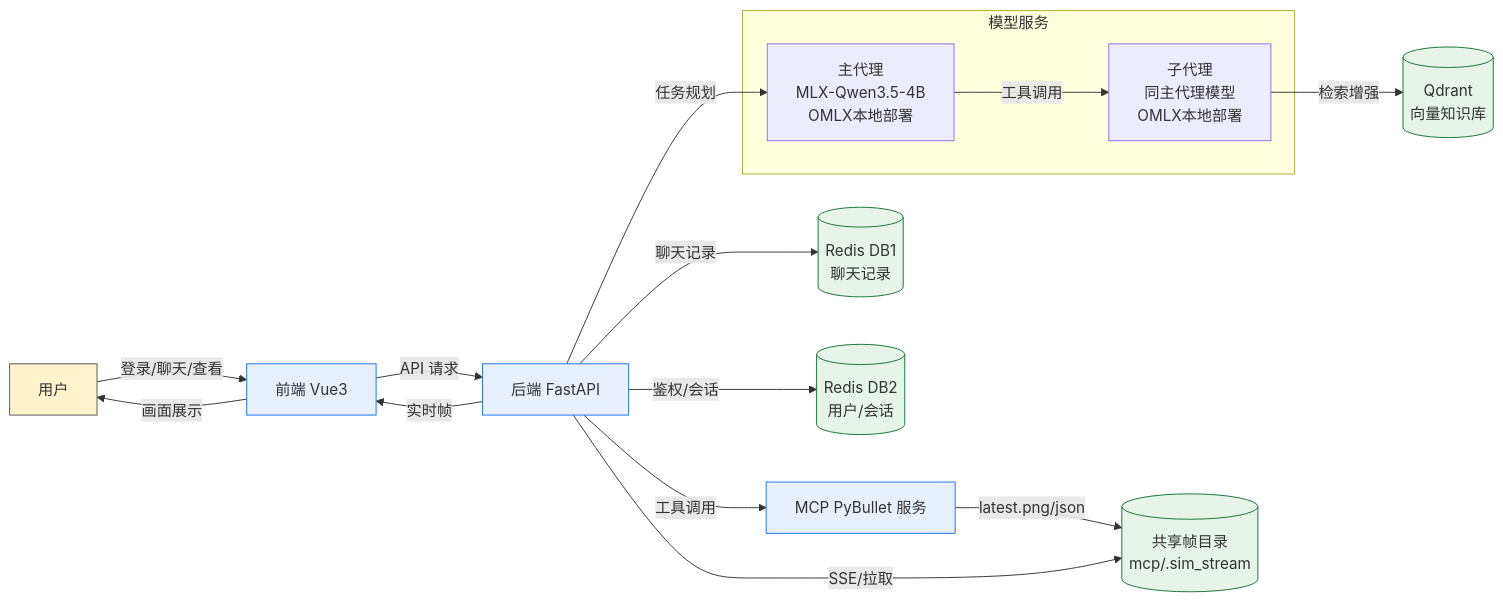
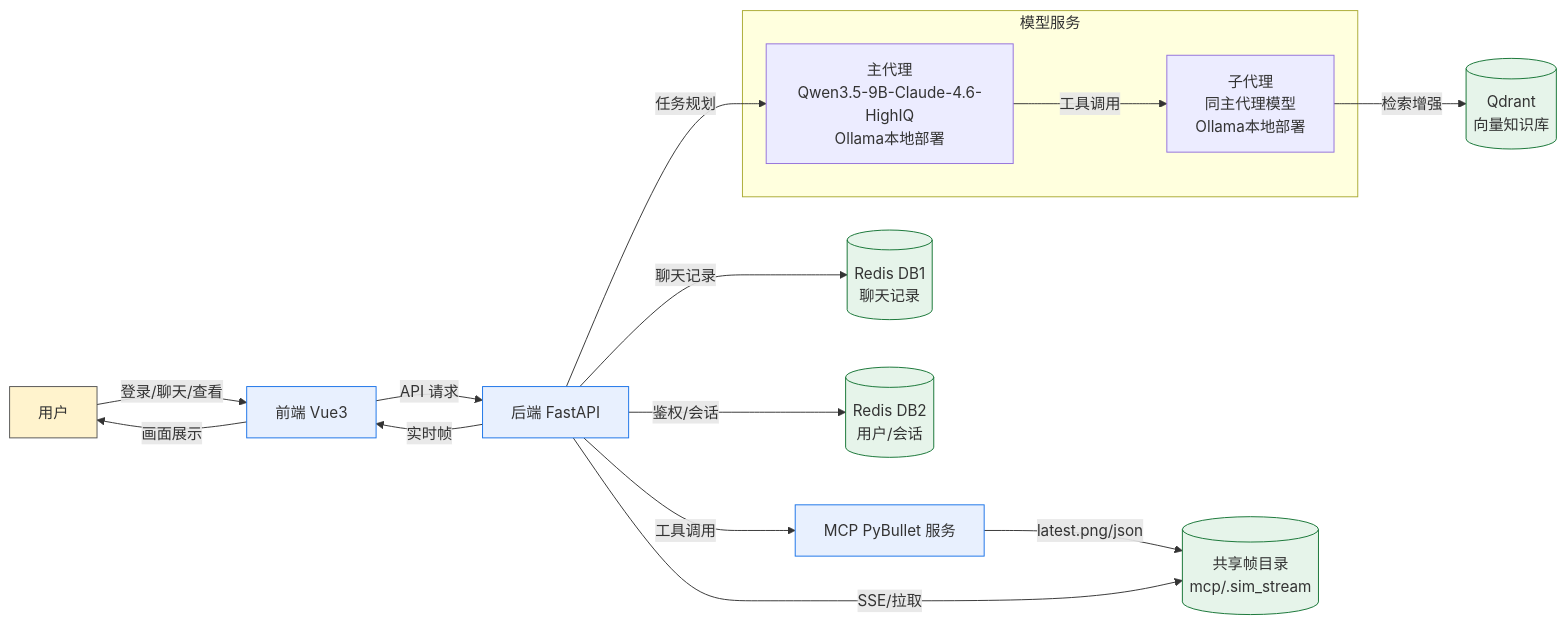
Before and after one commit to Playitcooool/robotagent: the diagram in charts/data-flow.md, drawn with Mermaid. The commit also changed 4 other files, not shown here.

First line of the commit message:
Update charts: fix outdated model names and requirements

````diff
--- a/charts/data-flow.md
+++ b/charts/data-flow.md
@@ -3,38 +3,38 @@
 ```mermaid
 flowchart LR
   user[用户]:::ext
   frontend[前端 Vue3]:::proc
   backend[后端 FastAPI]:::proc
   mcp[MCP PyBullet 服务]:::proc
 
   subgraph 模型服务
-    main_agent[主代理<br/>MLX-Qwen3.5-4B<br/>OMLX本地部署]
-    sub_agent[子代理<br/>同主代理模型<br/>OMLX本地部署]
+    main_agent[主代理<br/>Qwen3.5-9B-Claude-4.6-HighIQ<br/>Ollama本地部署]
+    sub_agent[子代理<br/>同主代理模型<br/>Ollama本地部署]
   end
 
   redis_chat[(Redis DB1
 聊天记录)]:::store
   redis_auth[(Redis DB2
 用户/会话)]:::store
   qdrant[(Qdrant
 向量知识库)]:::store
   sim_dir[(共享帧目录
 mcp/.sim_stream)]:::store
 
   user -->|登录/聊天/查看| frontend
   frontend -->|API 请求| backend
   backend -->|鉴权/会话| redis_auth
   backend -->|聊天记录| redis_chat
   backend -->|任务规划| main_agent
   main_agent -->|工具调用| sub_agent
   sub_agent -->|检索增强| qdrant
   backend -->|工具调用| mcp
   mcp -->|latest.png/json| sim_dir
   backend -->|SSE/拉取| sim_dir
   backend -->|实时帧| frontend
   frontend -->|画面展示| user
 
   classDef ext fill:#fff3cd,stroke:#555,stroke-width:1px;
   classDef proc fill:#e8f0fe,stroke:#1a73e8,stroke-width:1px;
   classDef store fill:#e6f4ea,stroke:#137333,stroke-width:1px;
 ```
````
